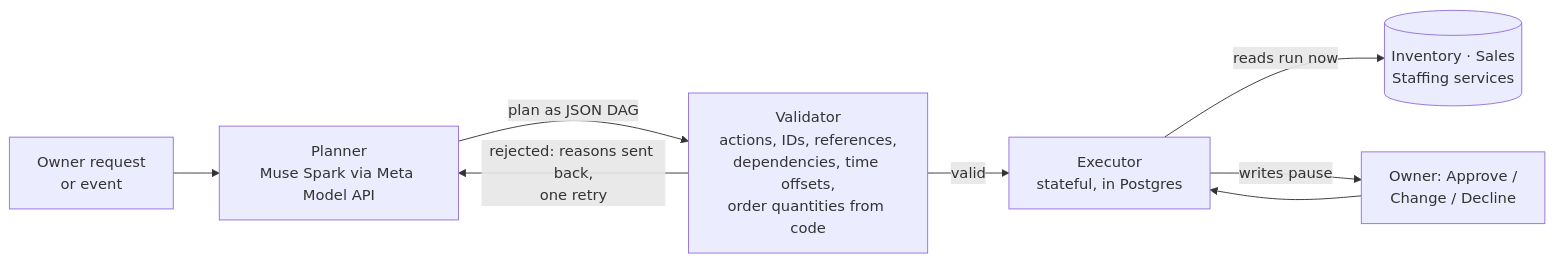
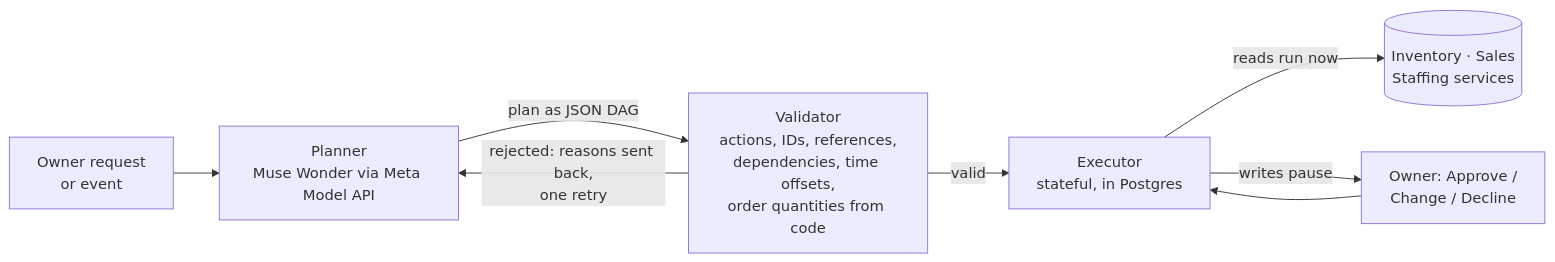
Before and after one commit to TruptiLone/cafepilot: the diagram in README.md, drawn with Mermaid. The commit also changed other lines of this file, not shown here.

First line of the commit message:
docs(readme): Muse Wonder plans, Spark reads delivery images; benchmark, demo controls, status

````diff
--- a/README.md
+++ b/README.md
@@ -14,10 +14,10 @@
 ```mermaid
 flowchart LR
-    Q[Owner request<br/>or event] --> P[Planner<br/>Muse Spark via Meta Model API]
+    Q[Owner request<br/>or event] --> P[Planner<br/>Muse Wonder via Meta Model API]
     P -->|plan as JSON DAG| V[Validator<br/>actions, IDs, references,<br/>dependencies, time offsets,<br/>order quantities from code]
     V -->|rejected: reasons sent back,<br/>one retry| P
     V -->|valid| E[Executor<br/>stateful, in Postgres]
     E -->|reads run now| S[(Inventory · Sales<br/>Staffing services)]
     E -->|writes pause| A[Owner: Approve /<br/>Change / Decline]
     A --> E
 ```
````
